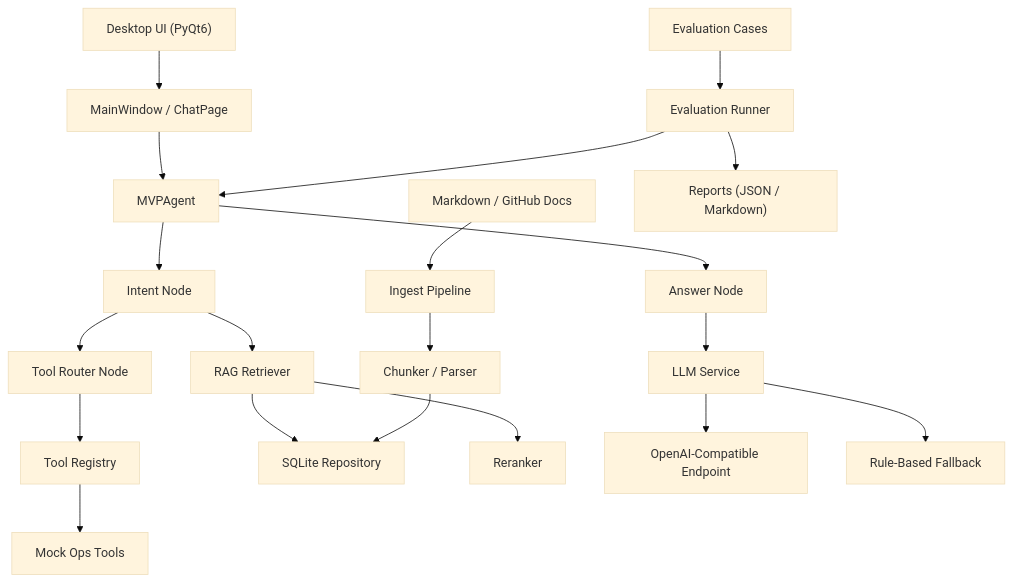
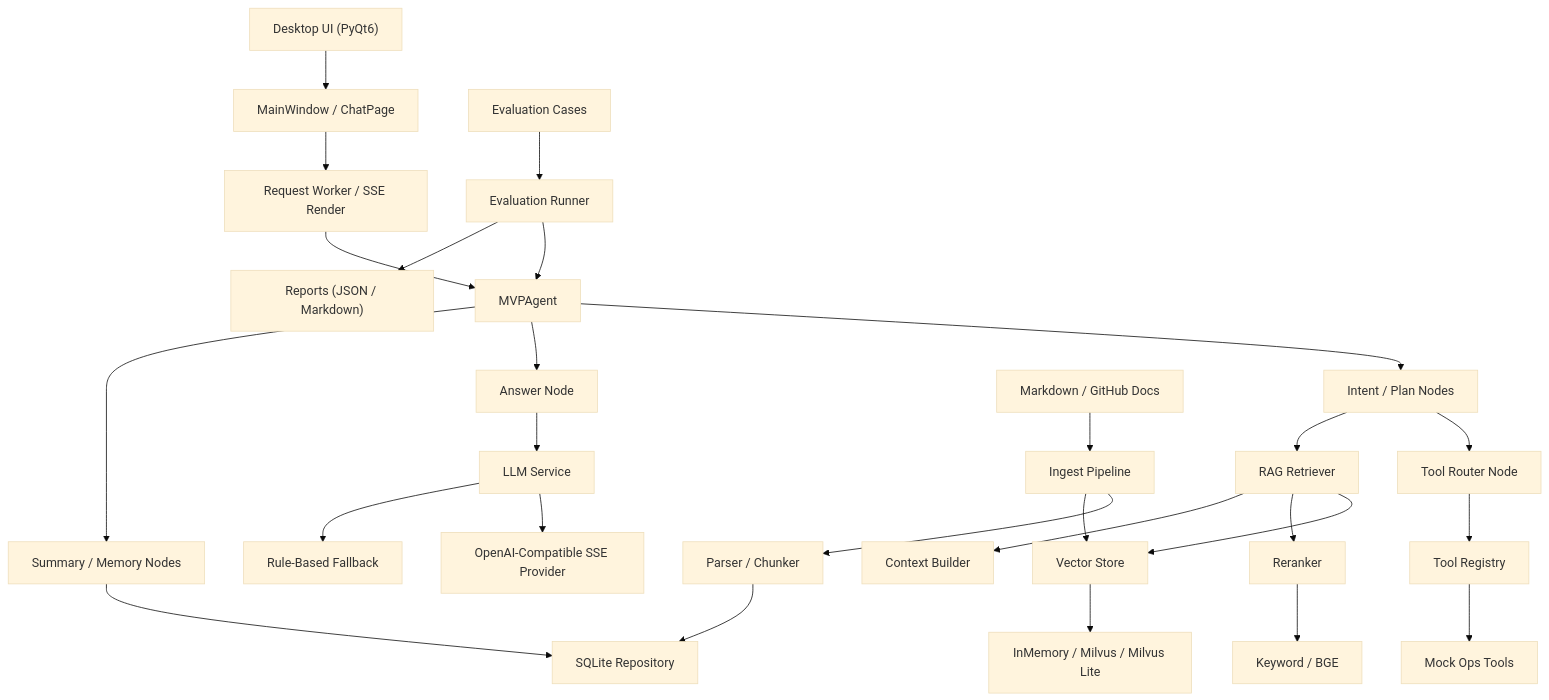
The diagram in docs/PROJECT_CURRENT_ARCHITECTURE_AND_TESTING.md (Akira-FD/AI_Agent_First), drawn with Mermaid (base theme) before and after one commit. The commit also changed other lines of this file and 17 other files, not shown here.

````diff
--- a/docs/PROJECT_CURRENT_ARCHITECTURE_AND_TESTING.md
+++ b/docs/PROJECT_CURRENT_ARCHITECTURE_AND_TESTING.md
@@ -23,22 +25,29 @@
 ```mermaid
 flowchart TD
     A["Desktop UI (PyQt6)"] --> B["MainWindow / ChatPage"]
-    B --> C["MVPAgent"]
-    C --> D["Intent Node"]
-    D --> E["Tool Router Node"]
-    D --> F["RAG Retriever"]
-    E --> G["Tool Registry"]
-    G --> H["Mock Ops Tools"]
-    F --> I["SQLite Repository"]
-    F --> J["Reranker"]
-    C --> K["Answer Node"]
-    K --> L["LLM Service"]
-    L --> M["OpenAI-Compatible Endpoint"]
-    L --> N["Rule-Based Fallback"]
-    O["Markdown / GitHub Docs"] --> P["Ingest Pipeline"]
-    P --> Q["Chunker / Parser"]
-    Q --> I
-    R["Evaluation Cases"] --> S["Evaluation Runner"]
-    S --> C
-    S --> T["Reports (JSON / Markdown)"]
+    B --> C["Request Worker / SSE Render"]
+    C --> D["MVPAgent"]
+    D --> E["Intent / Plan Nodes"]
+    E --> F["Tool Router Node"]
+    E --> G["RAG Retriever"]
+    F --> H["Tool Registry"]
+    H --> I["Mock Ops Tools"]
+    G --> J["Vector Store"]
+    J --> K["InMemory / Milvus / Milvus Lite"]
+    G --> L["Reranker"]
+    L --> M["Keyword / BGE"]
+    G --> N["Context Builder"]
+    D --> O["Answer Node"]
+    O --> P["LLM Service"]
+    P --> Q["OpenAI-Compatible SSE Provider"]
+    P --> R["Rule-Based Fallback"]
+    D --> S["Summary / Memory Nodes"]
+    S --> T["SQLite Repository"]
+    U["Markdown / GitHub Docs"] --> V["Ingest Pipeline"]
+    V --> W["Parser / Chunker"]
+    W --> T
+    V --> J
+    X["Evaluation Cases"] --> Y["Evaluation Runner"]
+    Y --> D
+    Y --> Z["Reports (JSON / Markdown)"]
 ```
````
